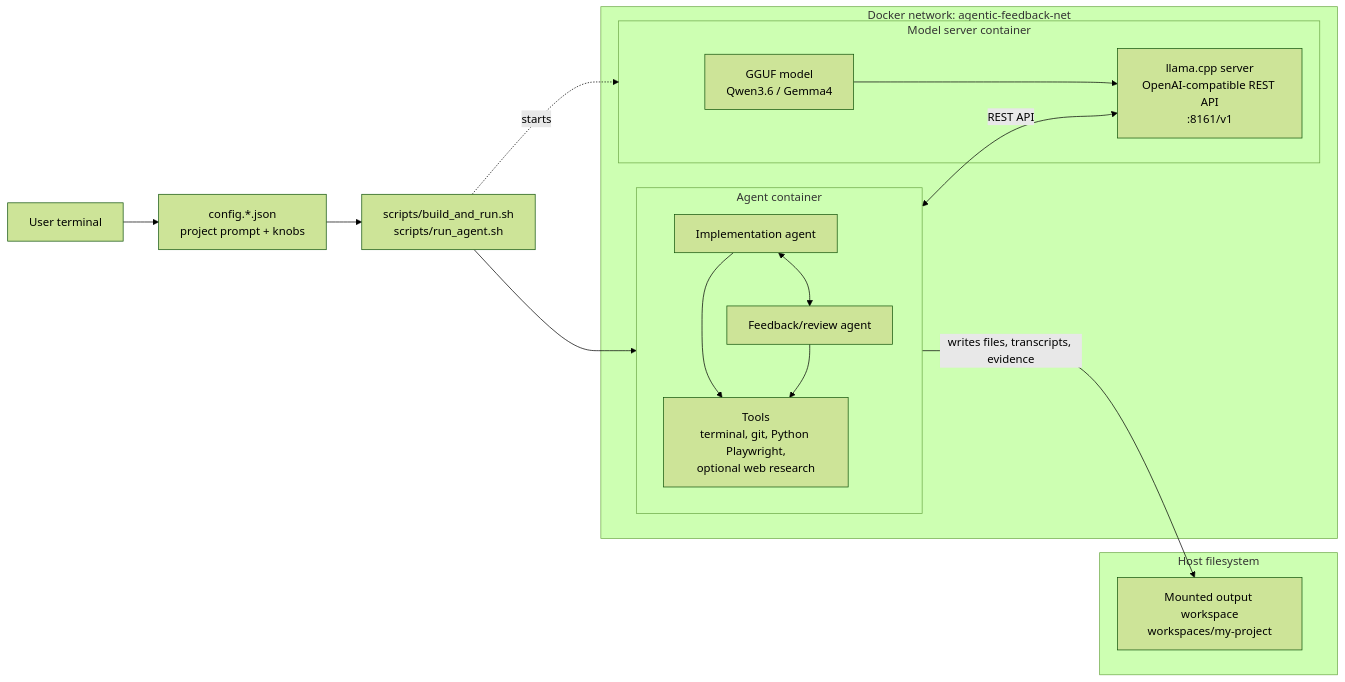
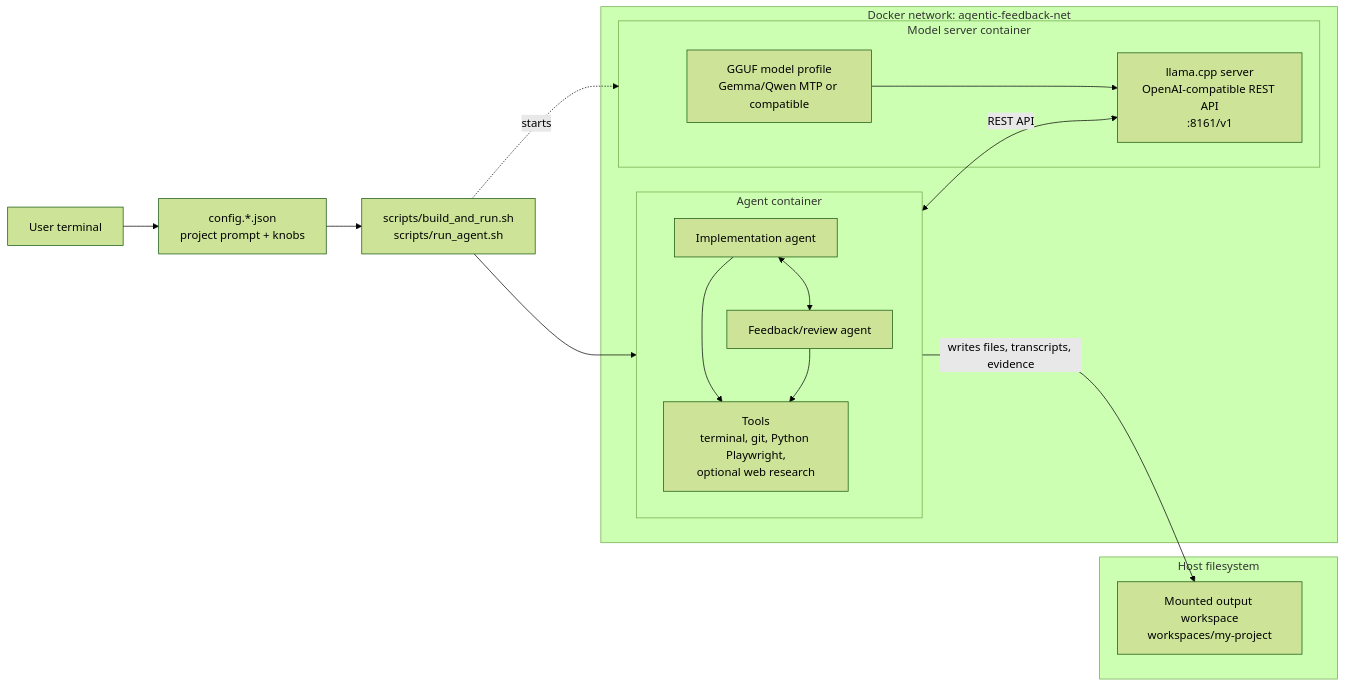
Before and after one commit to krzyszsz/agenticFeedbackCoding: the diagram in README.md, drawn with Mermaid (forest theme). The commit also changed other lines of this file and 16 other files, not shown here.

````diff
--- a/README.md
+++ b/README.md
@@ -22,34 +22,34 @@
 ```mermaid
 flowchart LR
     User["User terminal"]
     Config["config.*.json<br/>project prompt + knobs"]
     CLI["scripts/build_and_run.sh<br/>scripts/run_agent.sh"]
 
     subgraph Host["Host filesystem"]
         Workspace["Mounted output workspace<br/>workspaces/my-project"]
     end
 
     subgraph Net["Docker network: agentic-feedback-net"]
         subgraph ModelContainer["Model server container"]
-            Model["GGUF model<br/>Qwen3.6 / Gemma4"]
+            Model["GGUF model profile<br/>Gemma/Qwen MTP or compatible"]
             API["llama.cpp server<br/>OpenAI-compatible REST API<br/>:8161/v1"]
             Model --> API
         end
 
         subgraph AgentContainer["Agent container"]
             Impl["Implementation agent"]
             Review["Feedback/review agent"]
             Tools["Tools<br/>terminal, git, Python Playwright,<br/>optional web research"]
             Impl <--> Review
             Impl --> Tools
             Review --> Tools
         end
     end
 
     User --> Config
     Config --> CLI
     CLI --> AgentContainer
     CLI -. starts .-> ModelContainer
     AgentContainer <-->|REST API| API
     AgentContainer -->|writes files, transcripts, evidence| Workspace
 ```
````
